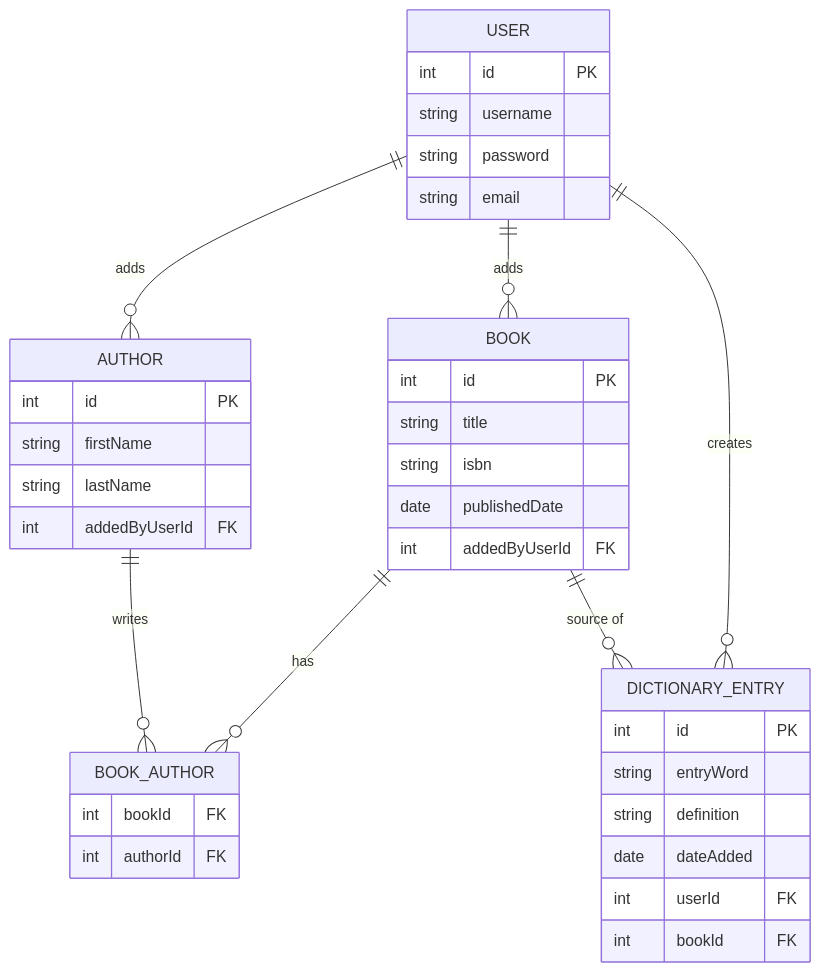
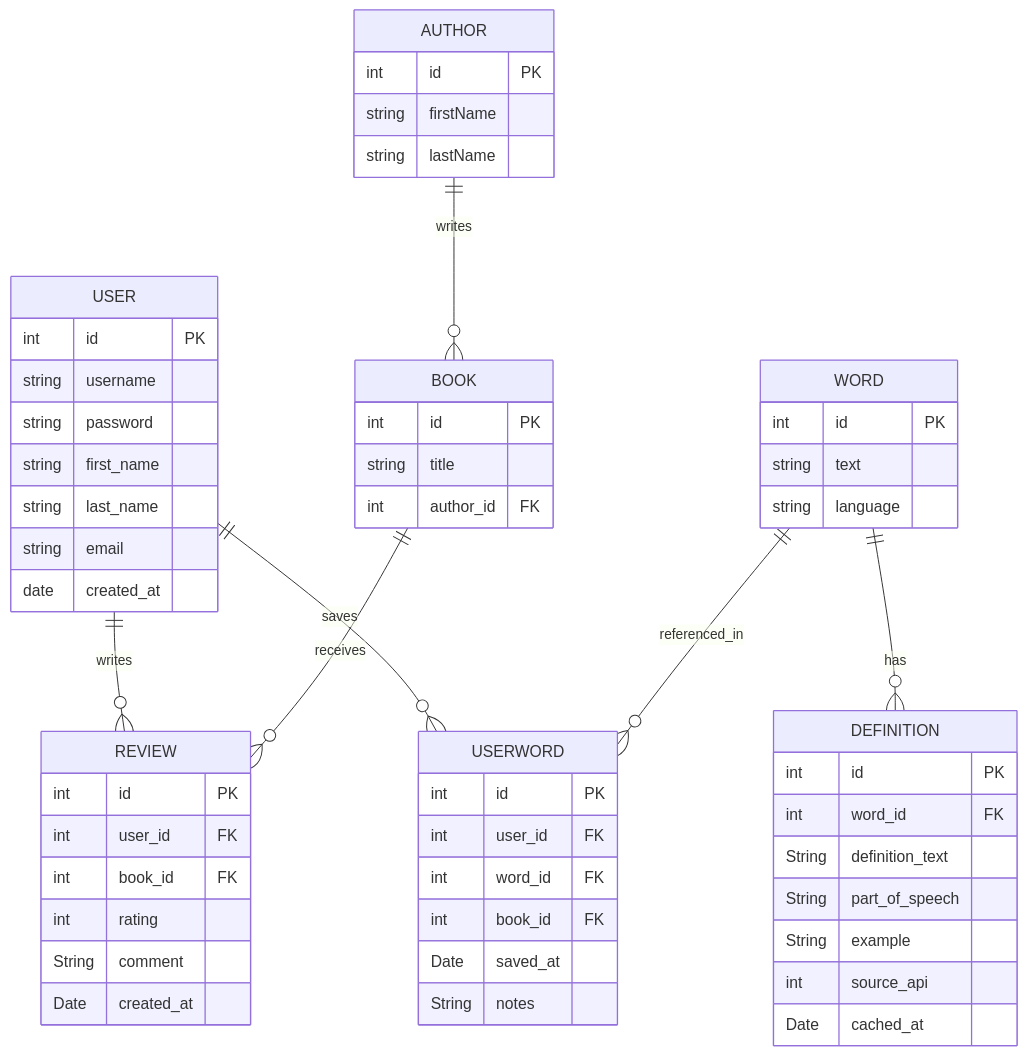
The first of 3 diagrams in LexiconLair/DESIGN.md (ronanos1979/SpringBootApps), drawn with Mermaid before and after one commit. The commit also changed other lines of this file and 40 other files, not shown here.

````diff
--- a/LexiconLair/DESIGN.md
+++ b/LexiconLair/DESIGN.md
@@ -9,45 +9,67 @@
 ```mermaid
 erDiagram
     USER {
         int id PK
         string username
         string password
+        string first_name
+        string last_name
         string email
+        date created_at
+    }
+
+    WORD {
+        int id PK
+        string text
+        string language
+    }
+
+    USERWORD {
+        int id PK
+        int user_id FK
+        int word_id FK
+        int book_id FK
+        Date saved_at
+        String notes
+    }
+    
+    DEFINITION {
+        int id PK
+        int word_id FK
+        String definition_text
+        String part_of_speech
+        String example
+        int source_api
+        Date cached_at
     }
 
     BOOK {
         int id PK
         string title
-        string isbn
-        date publishedDate
-        int addedByUserId FK
+        int author_id FK
     }
 
     AUTHOR {
         int id PK
         string firstName
         string lastName
-        int addedByUserId FK
     }
 
-    BOOK_AUTHOR {
-        int bookId FK
-        int authorId FK
+    REVIEW {
+        int id PK
+        int user_id FK
+        int book_id FK
+        int rating
+        String comment
+        Date created_at
     }
 
-    DICTIONARY_ENTRY {
-        int id PK
-        string entryWord
-        string definition
-        date dateAdded
-        int userId FK
-        int bookId FK
-    }
 
-    USER ||--o{ BOOK : "adds"
-    USER ||--o{ AUTHOR : "adds"
-    USER ||--o{ DICTIONARY_ENTRY : "creates"
-    BOOK ||--o{ BOOK_AUTHOR : "has"
-    AUTHOR ||--o{ BOOK_AUTHOR : "writes"
-    BOOK ||--o{ DICTIONARY_ENTRY : "source of"
+
+    USER ||--o{ USERWORD : "saves"
+    WORD ||--o{ USERWORD : "referenced_in"
+    WORD ||--o{ DEFINITION : "has"
+    AUTHOR ||--o{ BOOK : "writes"
+    USER ||--o{ REVIEW : "writes"
+    BOOK ||--o{ REVIEW : "receives"
 ```
````
